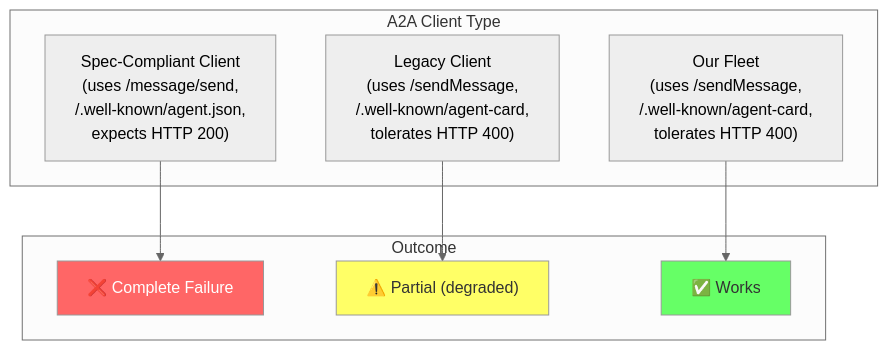
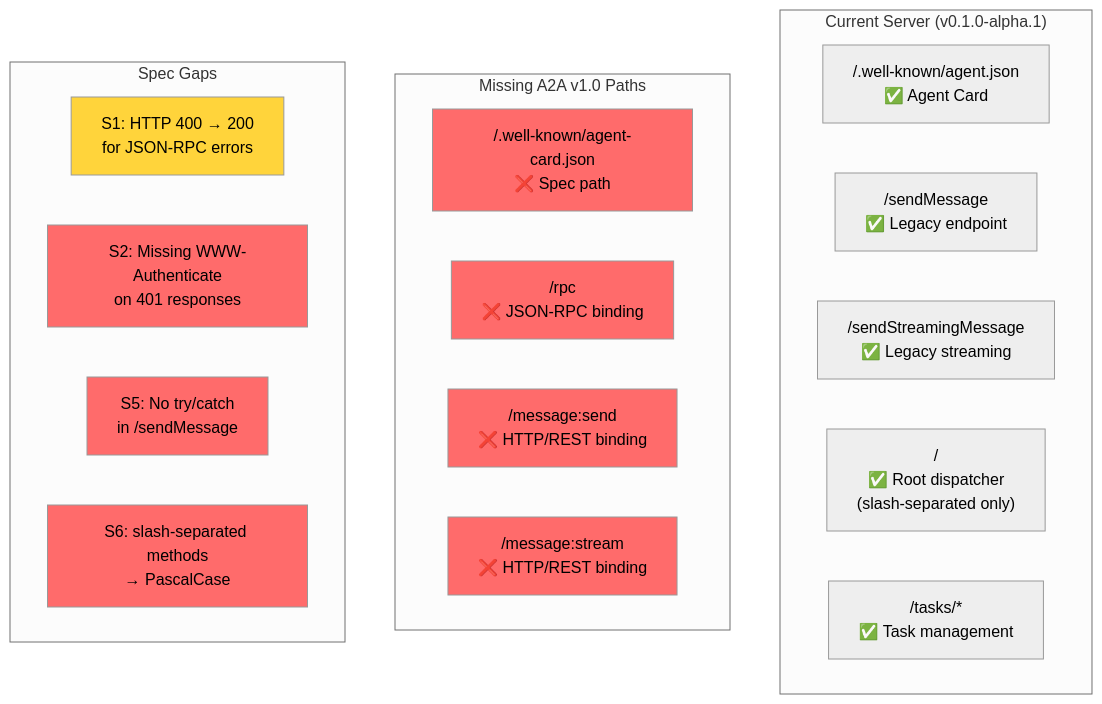
One commit to carlosfrias/pi-a2a-communication changed the fourth of 4 diagrams in wiki/A2A-v1-Conformance-Report.md. Above: the diagram before and after it, drawn with Mermaid (neutral theme). The commit also changed other lines of this file and 7 other files, not shown here.

First line of the commit message:
feat: A2A v1.0 conformance audit — 7 spec gaps (S1-S6b), 19-test suite (6 pass/13 fail)

````diff
--- a/wiki/A2A-v1-Conformance-Report.md
+++ b/wiki/A2A-v1-Conformance-Report.md
@@ -383,22 +167,33 @@
 ```mermaid
-graph TD
-    subgraph "A2A Client Type"
-        C1["Spec-Compliant Client<br/>(uses /message/send,<br/>/.well-known/agent.json,<br/>expects HTTP 200)"]
-        C2["Legacy Client<br/>(uses /sendMessage,<br/>/.well-known/agent-card,<br/>tolerates HTTP 400)"]
-        C3["Our Fleet<br/>(uses /sendMessage,<br/>/.well-known/agent-card,<br/>tolerates HTTP 400)"]
+graph TB
+    subgraph "Current Server (v0.1.0-alpha.1)"
+        A["/.well-known/agent.json<br/>✅ Agent Card"]
+        B["/sendMessage<br/>✅ Legacy endpoint"]
+        C["/sendStreamingMessage<br/>✅ Legacy streaming"]
+        D["/<br/>✅ Root dispatcher<br/>(slash-separated only)"]
+        E["/tasks/*<br/>✅ Task management"]
     end
     
-    subgraph "Outcome"
-        F["❌ Complete Failure"]
-        P["⚠️ Partial (degraded)"]
-        W["✅ Works"]
+    subgraph "Missing A2A v1.0 Paths"
+        F["/.well-known/agent-card.json<br/>❌ Spec path"]
+        G["/rpc<br/>❌ JSON-RPC binding"]
+        H["/message:send<br/>❌ HTTP/REST binding"]
+        I["/message:stream<br/>❌ HTTP/REST binding"]
     end
     
-    C1 --> F
-    C2 --> P
-    C3 --> W
+    subgraph "Spec Gaps"
+        J["S1: HTTP 400 → 200<br/>for JSON-RPC errors"]
+        K["S2: Missing WWW-Authenticate<br/>on 401 responses"]
+        L["S5: No try/catch<br/>in /sendMessage"]
+        M["S6: slash-separated methods<br/>→ PascalCase"]
+    end
     
-    style F fill:#f66,color:#fff
-    style P fill:#ff6,color:#333
-    style W fill:#6f6,color:#333
+    style F fill:#ff6b6b
+    style G fill:#ff6b6b
+    style H fill:#ff6b6b
+    style I fill:#ff6b6b
+    style J fill:#ffd43b
+    style K fill:#ff6b6b
+    style L fill:#ff6b6b
+    style M fill:#ff6b6b
 ```
````
